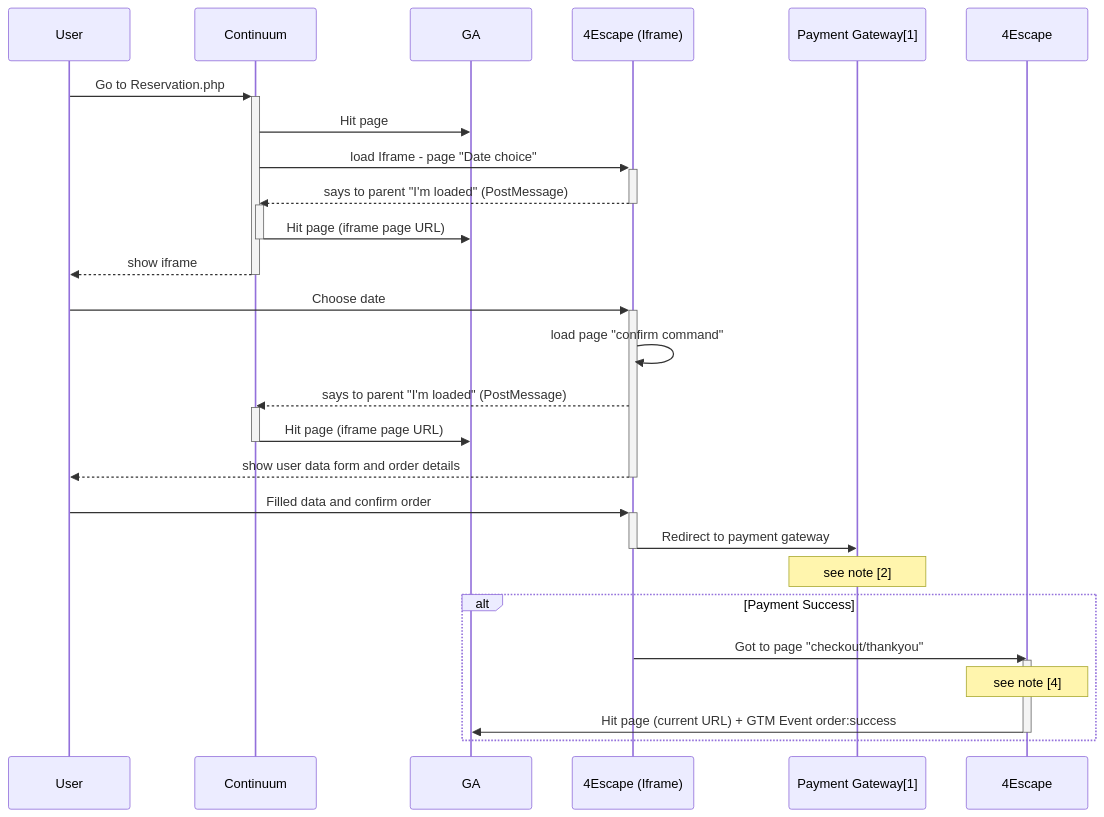
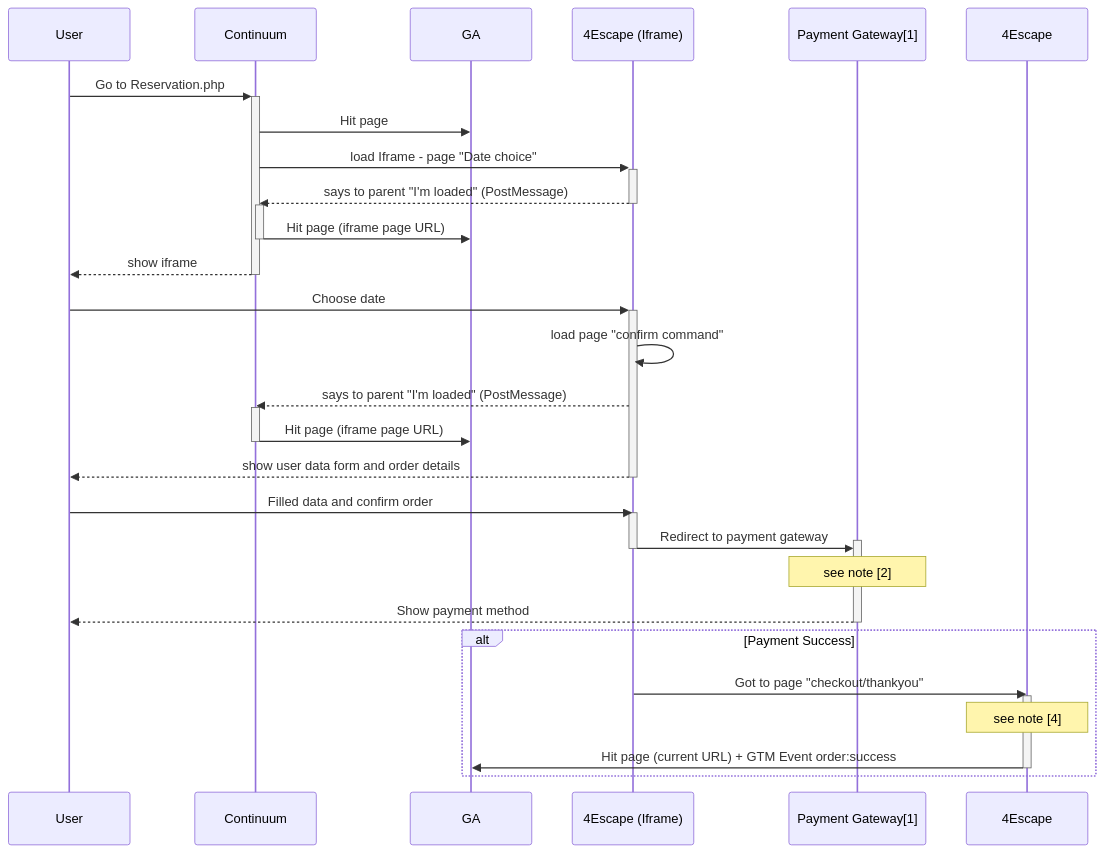
Before and after one commit to NansPellicari/stackEdit: the diagram in doc/continuum/Sequence-session.md, drawn with Mermaid. The commit also changed other lines of this file, not shown here.

Commit message:
doc/continuum/Sequence-session.md updated from https://stackedit.io/

````diff
--- a/doc/continuum/Sequence-session.md
+++ b/doc/continuum/Sequence-session.md
@@ -1,38 +1,41 @@
 ```mermaid
 sequenceDiagram
 
 User->>+Continuum: Go to Reservation.php
 Continuum->>GA: Hit page
 Continuum->>+4Escape (Iframe): load Iframe - page "Date choice"
 4Escape (Iframe)-->>-Continuum: says to parent "I'm loaded" (PostMessage)
 activate Continuum
 Continuum->>GA: Hit page (iframe page URL)
 deactivate Continuum
 Continuum-->>-User: show iframe
 
 
 User->>+4Escape (Iframe): Choose date
 4Escape (Iframe)->>4Escape (Iframe): load page "confirm command"
 4Escape (Iframe)-->>Continuum: says to parent "I'm loaded" (PostMessage)
 activate Continuum
 Continuum->>GA: Hit page (iframe page URL)
 deactivate Continuum
 4Escape (Iframe)-->>-User: show user data form and order details
 
 
-User->>+4Escape (Iframe): Filled data and confirm order
-4Escape (Iframe)->>-Payment Gateway[1]: Redirect to payment gateway 
+User->>4Escape (Iframe): Filled data and confirm order
+activate 4Escape (Iframe)
+4Escape (Iframe)->>+Payment Gateway[1]: Redirect to payment gateway 
+deactivate 4Escape (Iframe)
 Note over Payment Gateway[1]: see note [2]
+Payment Gateway[1]-->>-User: Show payment method
 
 
 
 
 
 alt Payment Success
 	4Escape (Iframe)->>4Escape: Got to page "checkout/thankyou"
 	activate 4Escape
 	Note over 4Escape: see note [4]
 	4Escape->>GA: Hit page (current URL) + GTM Event order:success
 	deactivate 4Escape
 end
 ```
````
